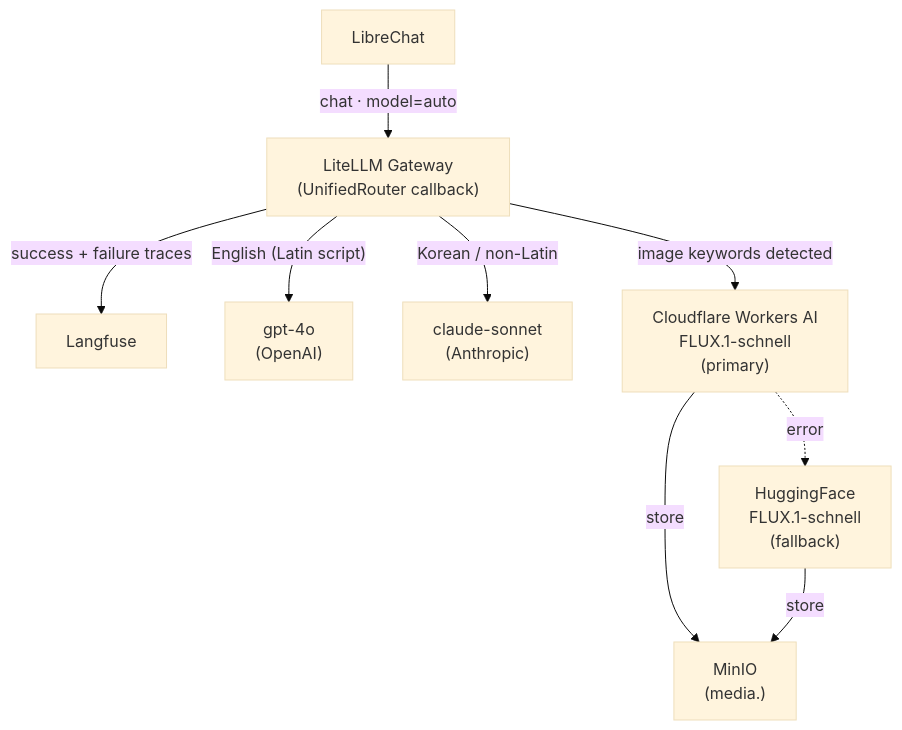
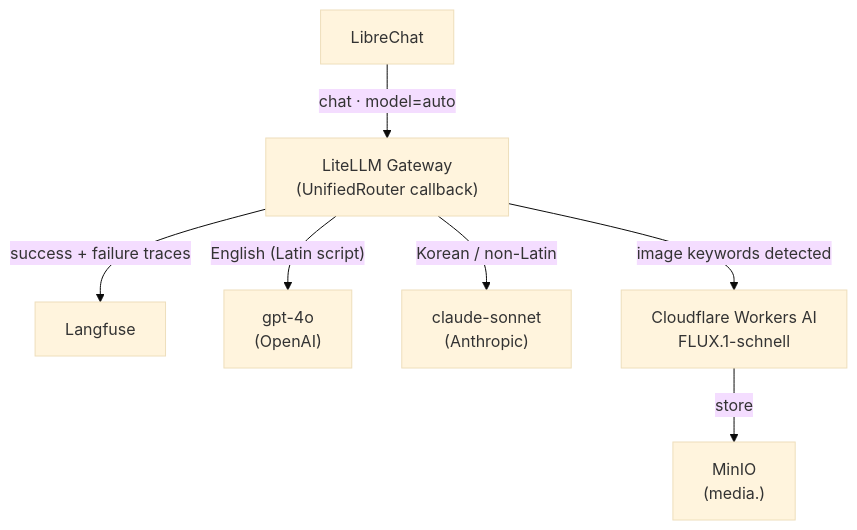
One commit to litkhai/llmops-in-a-box changed the second of 3 diagrams in docs/configuration.md. Above: the diagram before and after it, drawn with Mermaid (base theme). The commit also changed other lines of this file and 10 other files, not shown here.

First line of the commit message:
Remove HuggingFace image generation; Cloudflare only

````diff
--- a/docs/configuration.md
+++ b/docs/configuration.md
@@ -217,22 +217,19 @@
 ```mermaid
 flowchart TD
     LC["LibreChat"]
     G["LiteLLM Gateway\n(UnifiedRouter callback)"]
     LF["Langfuse"]
     GPT["gpt-4o\n(OpenAI)"]
     CS["claude-sonnet\n(Anthropic)"]
-    CF["Cloudflare Workers AI\nFLUX.1-schnell\n(primary)"]
-    HF["HuggingFace\nFLUX.1-schnell\n(fallback)"]
+    CF["Cloudflare Workers AI\nFLUX.1-schnell"]
     MN["MinIO\n(media.<domain>)"]
 
     LC -- "chat · model=auto" --> G
 
     G -- "image keywords detected" --> CF
-    CF -. "error" .-> HF
     CF -- "store" --> MN
-    HF -- "store" --> MN
     G -- "English (Latin script)" --> GPT
     G -- "Korean / non-Latin" --> CS
 
     G -- "success + failure traces" --> LF
 ```
````
